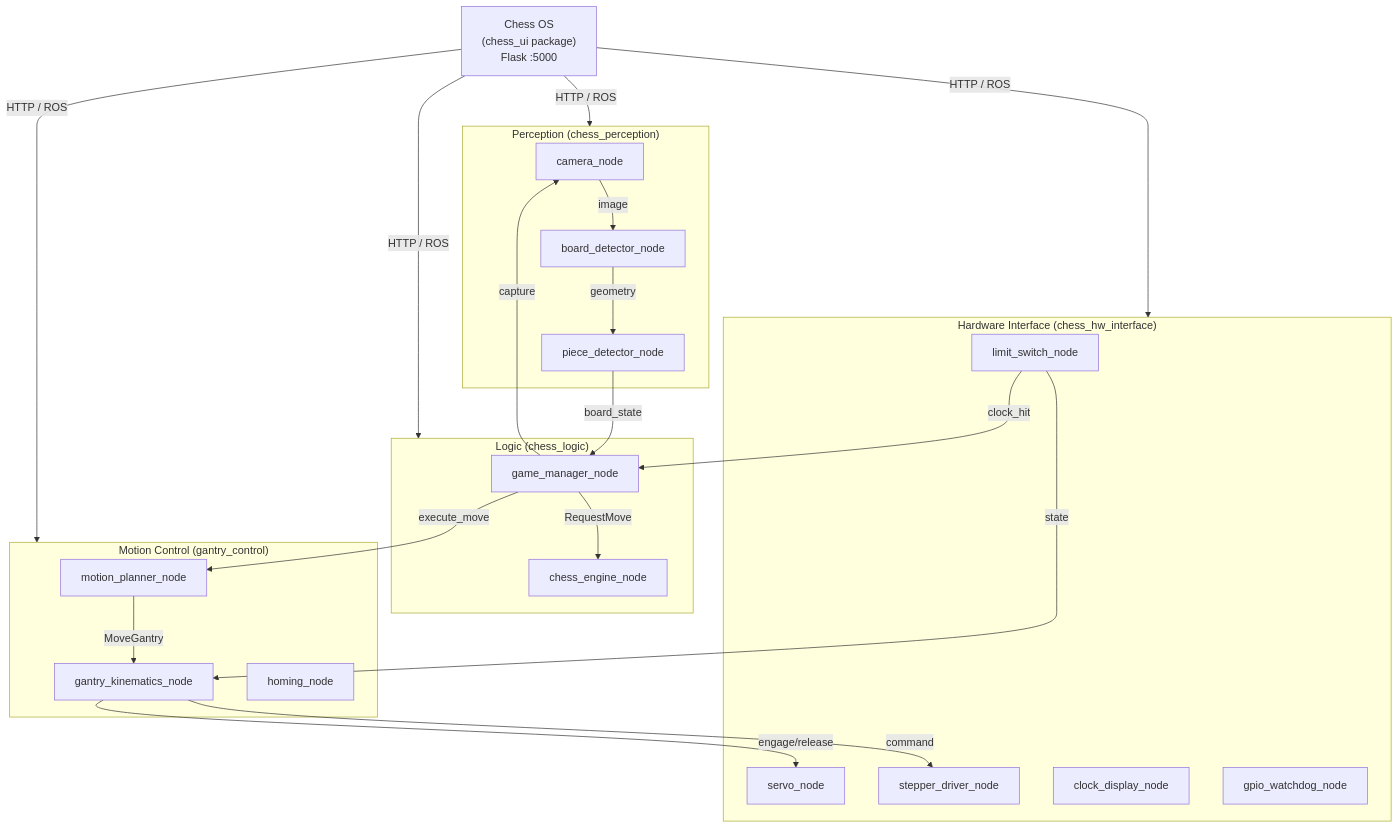
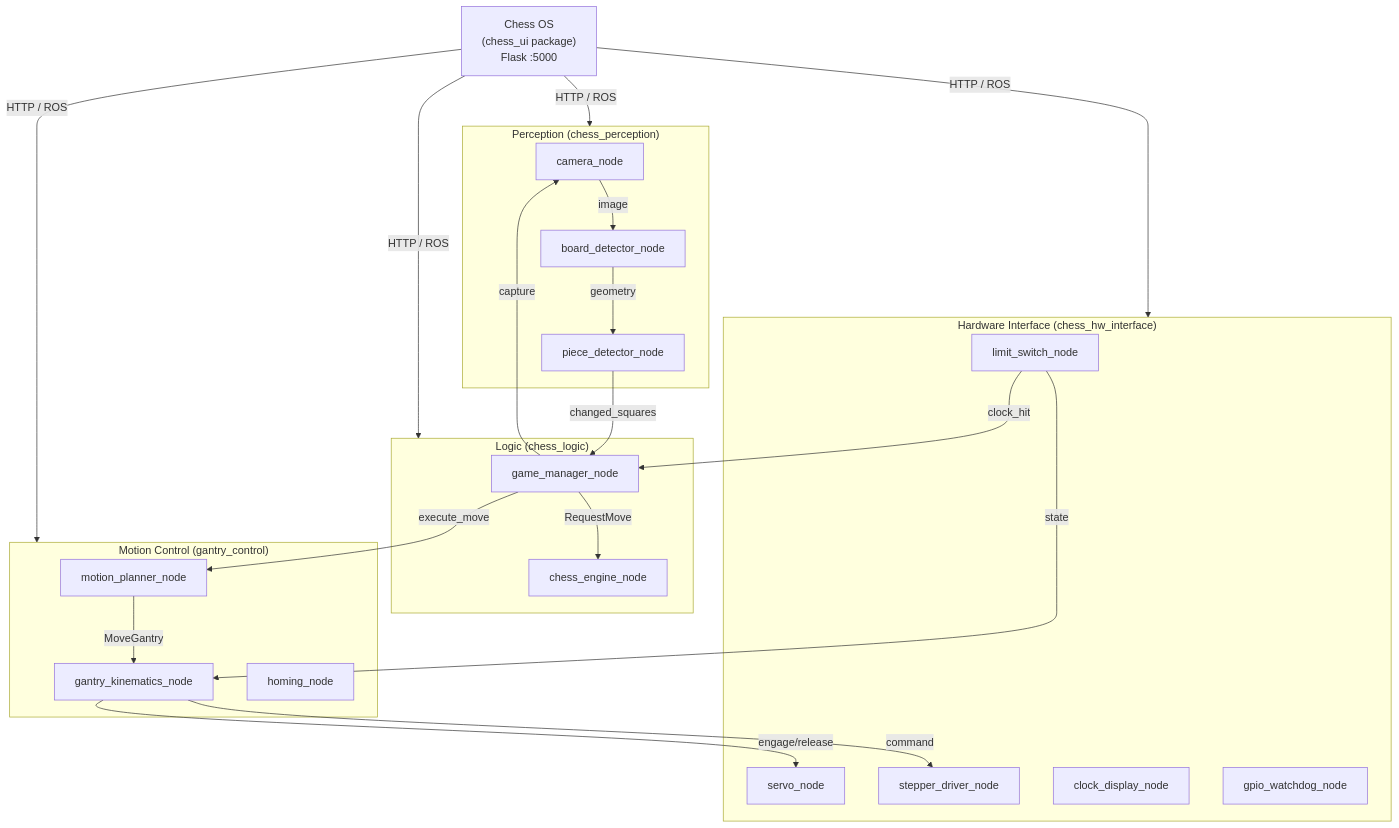
Before and after one commit to ifuller140/smart_chess_board: the diagram in docs/software/architecture.md, drawn with Mermaid. The commit also changed other lines of this file and 24 other files, not shown here.

````diff
--- a/docs/software/architecture.md
+++ b/docs/software/architecture.md
@@ -7,48 +7,48 @@
 ```mermaid
 graph TB
     COS["Chess OS\n(chess_ui package)\nFlask :5000"]
 
     subgraph HW["Hardware Interface (chess_hw_interface)"]
         SD[stepper_driver_node]
         SV[servo_node]
         LS[limit_switch_node]
         CD[clock_display_node]
         WD[gpio_watchdog_node]
     end
 
     subgraph PERC["Perception (chess_perception)"]
         CAM[camera_node]
         BD[board_detector_node]
         PD[piece_detector_node]
     end
 
     subgraph LOGIC["Logic (chess_logic)"]
         GM[game_manager_node]
         CE[chess_engine_node]
     end
 
     subgraph MOTION["Motion Control (gantry_control)"]
         GK[gantry_kinematics_node]
         MP[motion_planner_node]
         HM[homing_node]
     end
 
     COS -->|HTTP / ROS| HW
     COS -->|HTTP / ROS| PERC
     COS -->|HTTP / ROS| LOGIC
     COS -->|HTTP / ROS| MOTION
 
     GM -->|RequestMove| CE
     GM -->|capture| CAM
     CAM -->|image| BD
     BD -->|geometry| PD
-    PD -->|board_state| GM
+    PD -->|changed_squares| GM
 
     GM -->|execute_move| MP
     MP -->|MoveGantry| GK
     GK -->|command| SD
     GK -->|engage/release| SV
 
     LS -->|state| GK
     LS -->|clock_hit| GM
 ```
````
